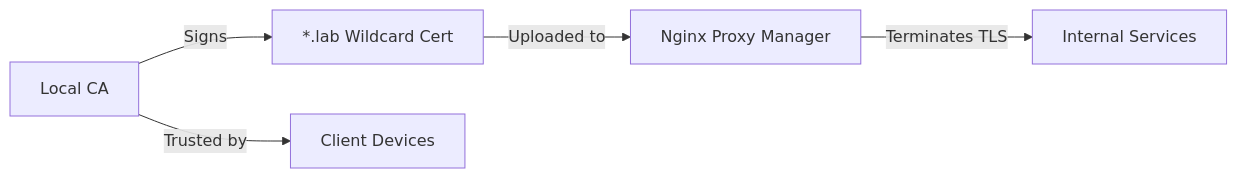
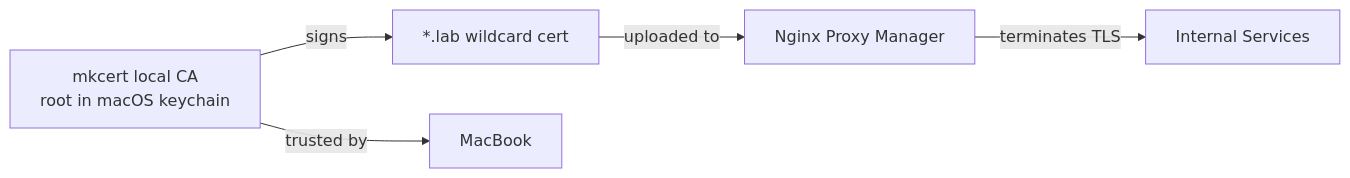
One commit to mariotorrestech/mariotorrestech.github.io changed the diagram in docs/homelab/pki.md. Above: the diagram before and after it, drawn with Mermaid. The commit also changed other lines of this file and 14 other files, not shown here.

````diff
--- a/docs/homelab/pki.md
+++ b/docs/homelab/pki.md
@@ -19,8 +22,8 @@
 ```mermaid
 graph LR
-    CA[Local CA] -->|Signs| CERT["*.lab Wildcard Cert"]
-    CERT -->|Uploaded to| NPM[Nginx Proxy Manager]
-    NPM -->|Terminates TLS| SERVICES[Internal Services]
+    CA[mkcert local CA<br/>root in macOS keychain] -->|signs| CERT["*.lab wildcard cert"]
+    CERT -->|uploaded to| NPM[Nginx Proxy Manager]
+    NPM -->|terminates TLS| SERVICES[Internal Services]
 
-    CA -->|Trusted by| CLIENTS[Client Devices]
+    CA -->|trusted by| MAC[MacBook]
 ```
````
